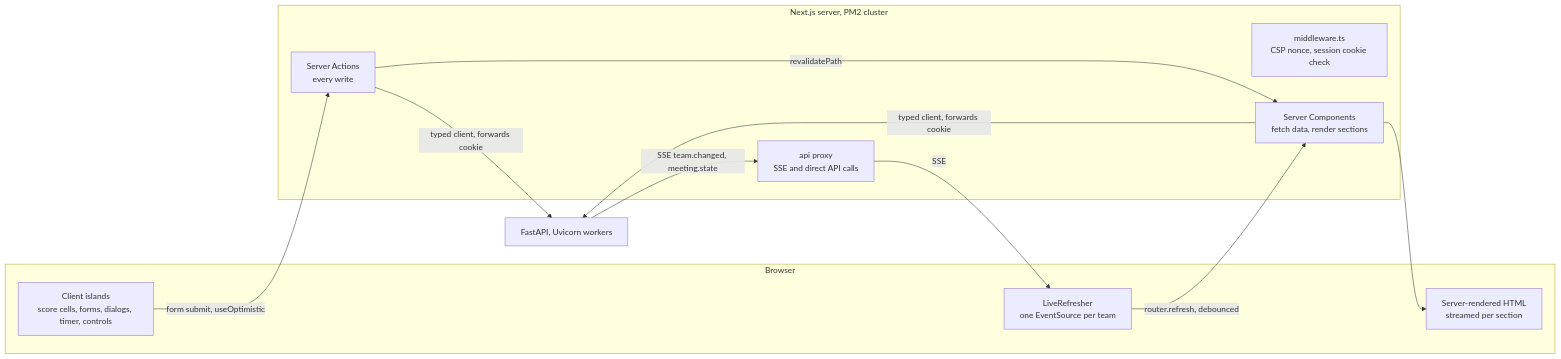
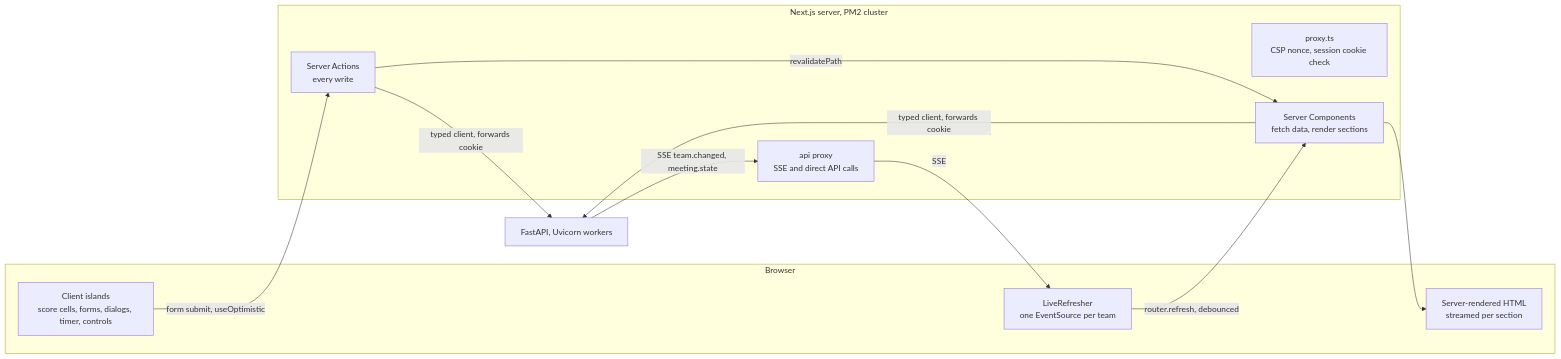
The first of 2 diagrams in DEVELOPMENT_PLAN.md (rayman863/altri-eos-task), drawn with Mermaid before and after one commit. The commit also changed other lines of this file and 46 other files, not shown here.

````diff
--- a/DEVELOPMENT_PLAN.md
+++ b/DEVELOPMENT_PLAN.md
@@ -629,23 +631,23 @@
 ```mermaid
 flowchart LR
     subgraph Browser
         HTML["Server-rendered HTML<br/>streamed per section"]
         CC["Client islands<br/>score cells, forms, dialogs, timer, controls"]
         RT["LiveRefresher<br/>one EventSource per team"]
     end
     subgraph NextJS ["Next.js server, PM2 cluster"]
-        MW["middleware.ts<br/>CSP nonce, session cookie check"]
+        MW["proxy.ts<br/>CSP nonce, session cookie check"]
         RSC["Server Components<br/>fetch data, render sections"]
         SA["Server Actions<br/>every write"]
         PX["api proxy<br/>SSE and direct API calls"]
     end
     API["FastAPI, Uvicorn workers"]
     RSC -->|"typed client, forwards cookie"| API
     SA -->|"typed client, forwards cookie"| API
     RSC --> HTML
     CC -->|"form submit, useOptimistic"| SA
     SA -->|"revalidatePath"| RSC
     API -->|"SSE team.changed, meeting.state"| PX
     PX -->|SSE| RT
     RT -->|"router.refresh, debounced"| RSC
 ```
````
